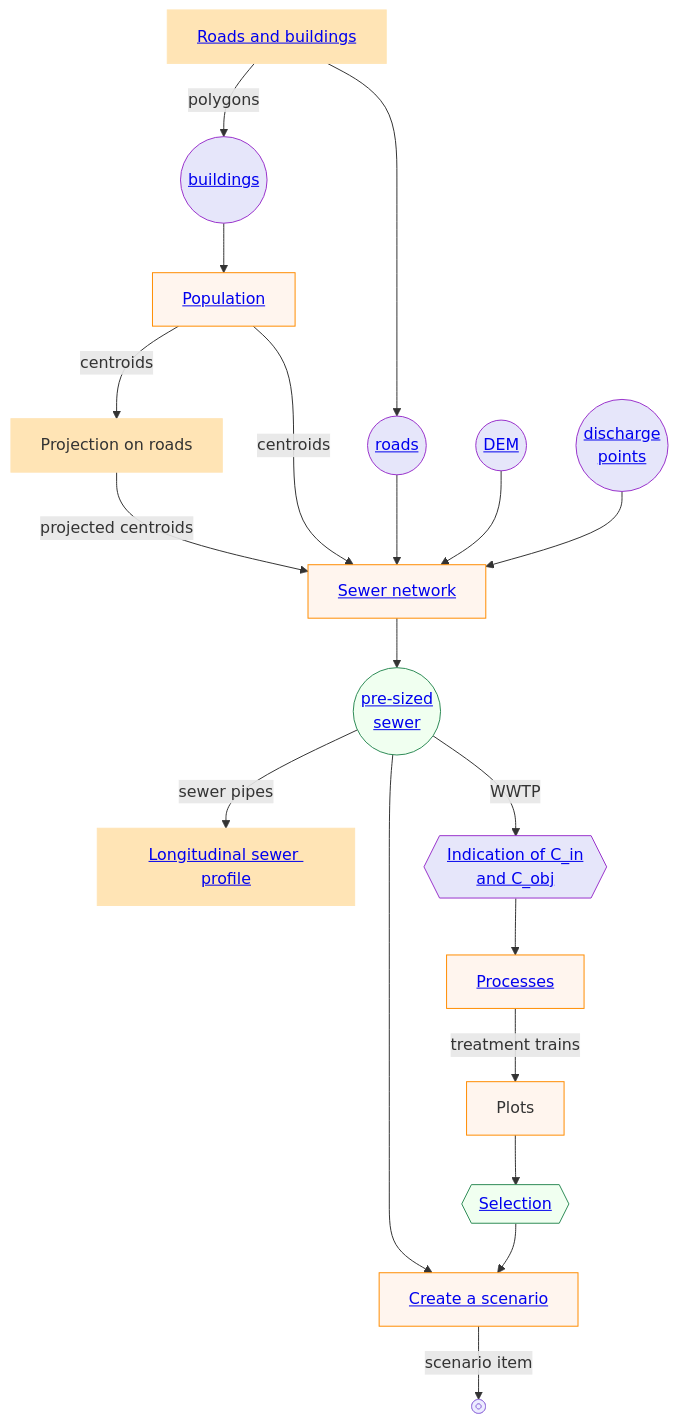
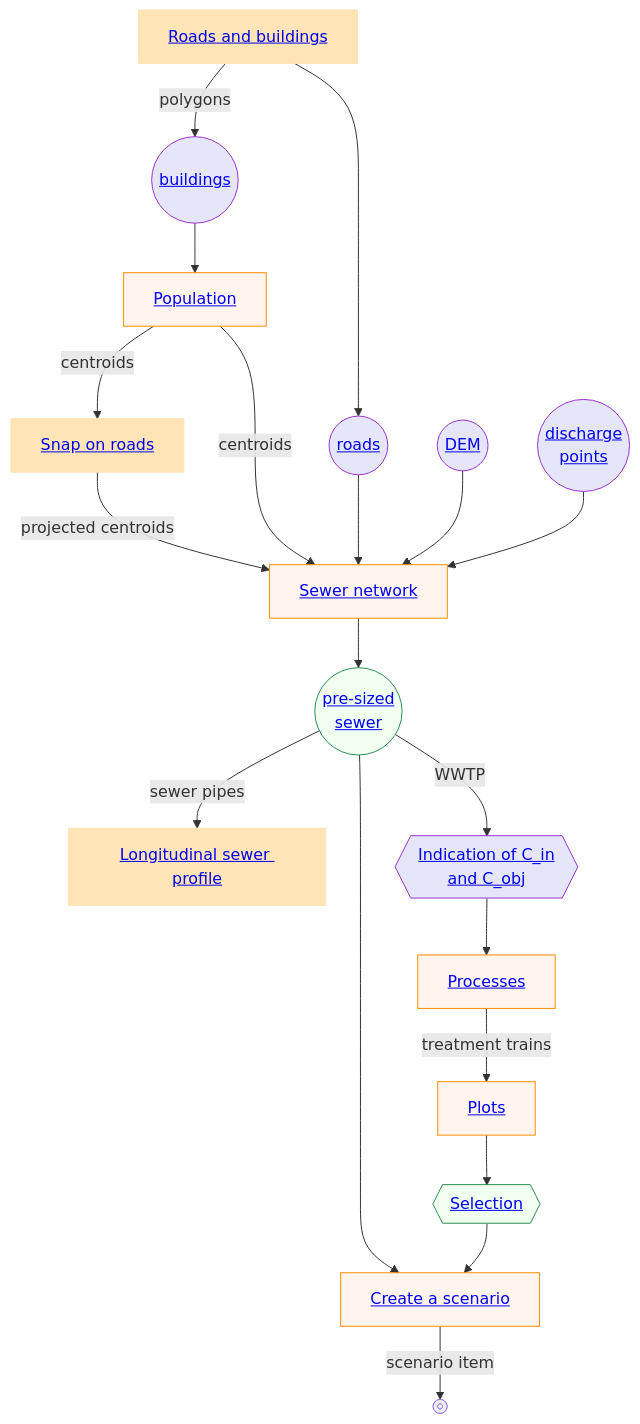
One commit to nicolas-forquet/elan changed the diagram in docs/global_flowchart.en.mmd. Above: the diagram before and after it, drawn with Mermaid. The commit also changed 1 other file, not shown here.

Commit message:
add links to mermaid global flowchart

```diff
--- a/docs/global_flowchart.en.mmd
+++ b/docs/global_flowchart.en.mmd
@@ -1,34 +1,34 @@
 flowchart TB
     A[<a href="https://elan-gis.org/en/preparation.html#routes">Roads and buildings</a>]
     B[<a href="https://elan-gis.org/en/preparation.html#population">Population</a>]
-    C[Projection on roads]:::class1
+    C[<a href="https://elan-gis.org/en/preparation.html#projection">Snap on roads</a>]:::class1
     D[<a href="https://elan-gis.org/en/scenario_prb1.html#reseau">Sewer network</a>]:::class3
     B:::class3 --centroids--> C --projected centroids--> D
     B --centroids--> D
     F@{ shape: circle, label: <a href="https://elan-gis.org/en/preparation.html#entrees-reseau">DEM</a> }
     G@{ shape: circle, label: <a href="https://elan-gis.org/en/preparation.html#entrees-reseau">discharge <br/> points</a> }
     H@{ shape: circle, label: <a href="https://elan-gis.org/en/preparation.html#entrees-reseau">roads</a> }
     I@{ shape: circle, label: <a href="https://elan-gis.org/en/preparation.html#entrees-reseau">buildings</a> }
     A:::class1 --polygons--> I:::class0 --> B
     A --> H:::class0 --> D
     F:::class0 --> D
     G:::class0 --> D
     J[<a href="https://elan-gis.org/en/scenario_prb1.html#visualisation-profils">Longitudinal sewer profile</a>]:::class1
     K[<a href="https://elan-gis.org/en/scenario_prb1.html#procedes">Processes</a>]:::class3
     L[<a href="https://elan-gis.org/en/scenario_prb1.html#creer-scenario">Create a scenario</a>]:::class3
-    M[Plots]:::class3
+    M[<a href="https://elan-gis.org/fr/scenario_prb1.html#plots">Plots</a>]:::class3
     N@{ shape: circle, label: <a href="https://elan-gis.org/en/scenario_prb1.html#sorties-reseau">pre-sized <br/> sewer </a> }
     D --> N:::class2
     N --sewer pipes--> J
     N --WWTP--> Q:::class0 --> K
     K --treatment trains--> M 
     N --> L
     O@{ shape: framed-circle, label: "Stop" }
     P@{ shape: hex, label: <a href="https://elan-gis.org/en/scenario_prb1.html#selection">Selection</a> }
     M --> P:::class2 --> L
     L --scenario item--> O
     Q@{ shape: hex, label: <a href="https://elan-gis.org/en/scenario_prb1.html#set-concentrations">Indication of C_in <br/> and C_obj</a> }
     classDef class0 fill:#E6E6FA, stroke:#9932CC
     classDef class1 fill:#FFE4B5, stroke:#FFE4B5
     classDef class2 fill:#F0FFF0, stroke:#2E8B57
     classDef class3 fill:#FFF5EE, stroke:#FF8C00
```
